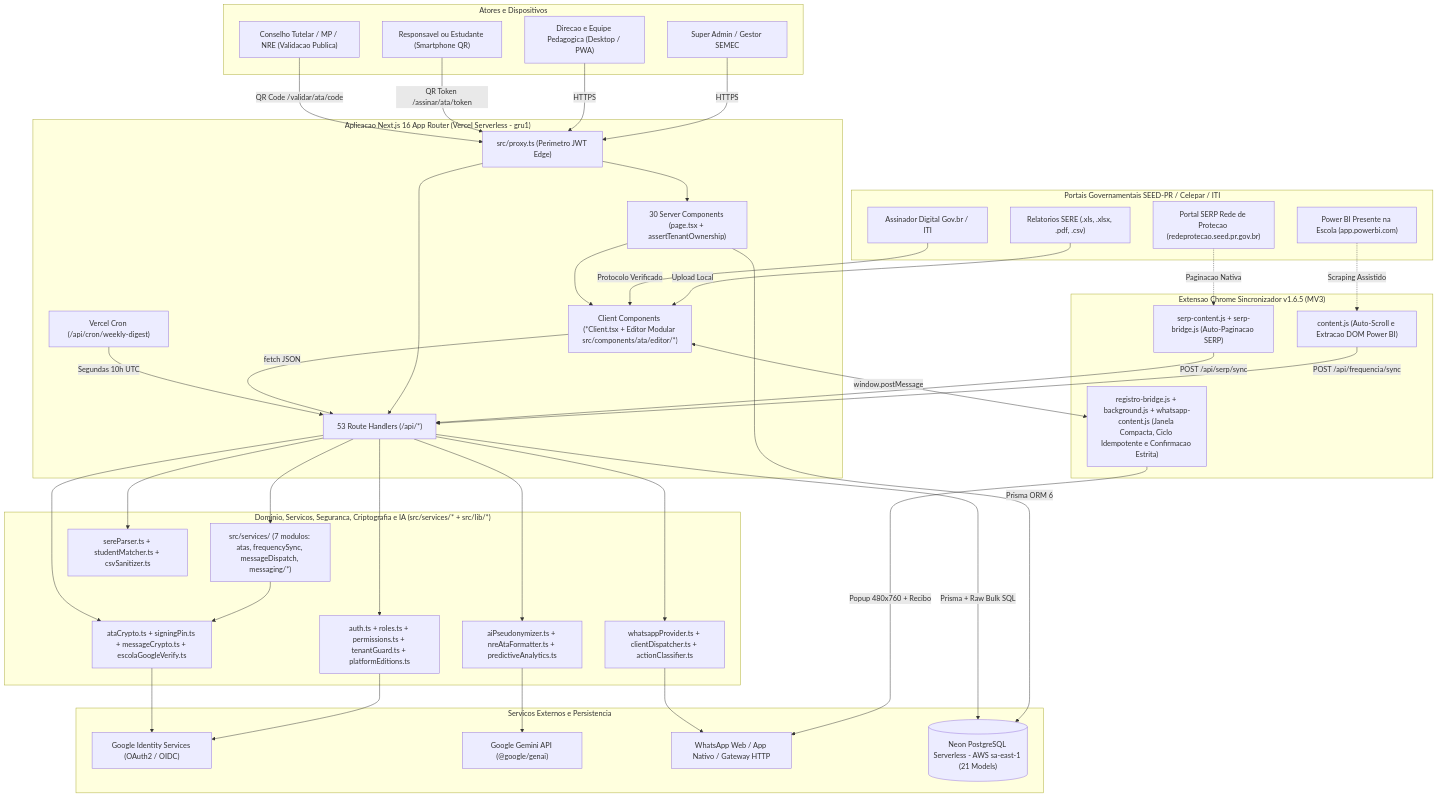
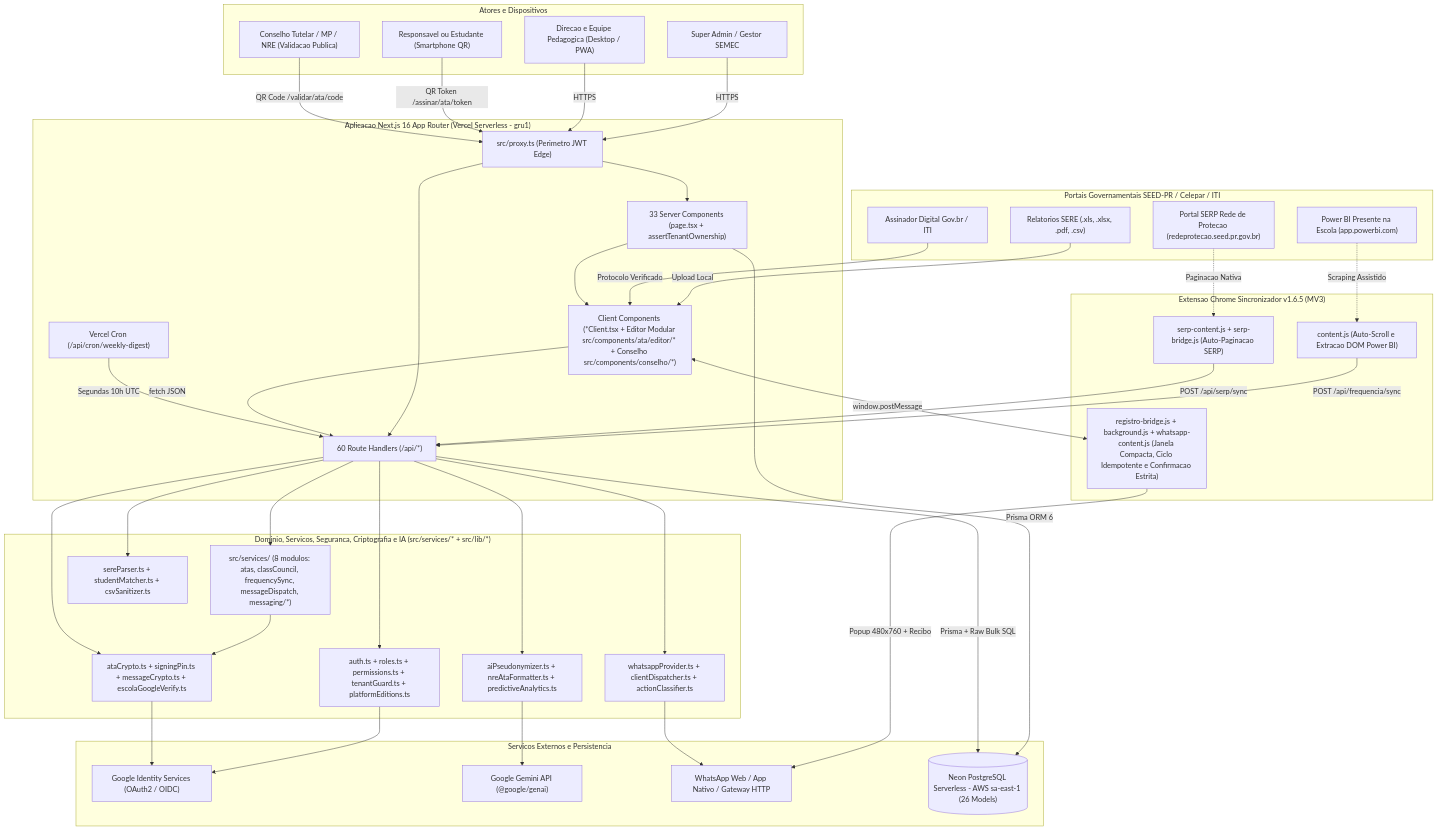
Before and after one commit to MarcosWrobel/rede-ativa: the first of 3 diagrams in docs/ARQUITETURA_E_ENGENHARIA.md, drawn with Mermaid. The commit also changed other lines of this file and 37 other files, not shown here.

````diff
--- a/docs/ARQUITETURA_E_ENGENHARIA.md
+++ b/docs/ARQUITETURA_E_ENGENHARIA.md
@@ -24,81 +24,81 @@
 ```mermaid
 flowchart TD
     subgraph Actors ["Atores e Dispositivos"]
         SuperAdmin["Super Admin / Gestor SEMEC"]
         Staff["Direcao e Equipe Pedagogica (Desktop / PWA)"]
         Guardian["Responsavel ou Estudante (Smartphone QR)"]
         ExternalAuth["Conselho Tutelar / MP / NRE (Validacao Publica)"]
     end
 
     subgraph GovPortals ["Portais Governamentais SEED-PR / Celepar / ITI"]
         SERE["Relatorios SERE (.xls, .xlsx, .pdf, .csv)"]
         PBI["Power BI Presente na Escola (app.powerbi.com)"]
         SERP["Portal SERP Rede de Protecao (redeprotecao.seed.pr.gov.br)"]
         GovBr["Assinador Digital Gov.br / ITI"]
     end
 
     subgraph Extension ["Extensao Chrome Sincronizador v1.6.5 (MV3)"]
         PBIContent["content.js (Auto-Scroll e Extracao DOM Power BI)"]
         SERPBridge["serp-content.js + serp-bridge.js (Auto-Paginacao SERP)"]
         WABridge["registro-bridge.js + background.js + whatsapp-content.js (Janela Compacta, Ciclo Idempotente e Confirmacao Estrita)"]
     end
 
     subgraph NextApp ["Aplicacao Next.js 16 App Router (Vercel Serverless - gru1)"]
         EdgeProxy["src/proxy.ts (Perimetro JWT Edge)"]
-        RSC["30 Server Components (page.tsx + assertTenantOwnership)"]
-        ClientUI["Client Components (*Client.tsx + Editor Modular src/components/ata/editor/*)"]
-        APIRoutes["53 Route Handlers (/api/*)"]
+        RSC["33 Server Components (page.tsx + assertTenantOwnership)"]
+        ClientUI["Client Components (*Client.tsx + Editor Modular src/components/ata/editor/* + Conselho src/components/conselho/*)"]
+        APIRoutes["60 Route Handlers (/api/*)"]
         CronJob["Vercel Cron (/api/cron/weekly-digest)"]
     end
 
     subgraph CoreLibs ["Dominio, Servicos, Seguranca, Criptografia e IA (src/services/* + src/lib/*)"]
-        DomainServices["src/services/ (7 modulos: atas, frequencySync, messageDispatch, messaging/*)"]
+        DomainServices["src/services/ (8 modulos: atas, classCouncil, frequencySync, messageDispatch, messaging/*)"]
         AuthLib["auth.ts + roles.ts + permissions.ts + tenantGuard.ts + platformEditions.ts"]
         CryptoLib["ataCrypto.ts + signingPin.ts + messageCrypto.ts + escolaGoogleVerify.ts"]
         ParserLib["sereParser.ts + studentMatcher.ts + csvSanitizer.ts"]
         PrivacyAI["aiPseudonymizer.ts + nreAtaFormatter.ts + predictiveAnalytics.ts"]
         WALib["whatsappProvider.ts + clientDispatcher.ts + actionClassifier.ts"]
     end
 
     subgraph ExternalServices ["Servicos Externos e Persistencia"]
         GoogleOAuth["Google Identity Services (OAuth2 / OIDC)"]
         GeminiAPI["Google Gemini API (@google/genai)"]
         WhatsApp["WhatsApp Web / App Nativo / Gateway HTTP"]
-        NeonDB[("Neon PostgreSQL Serverless - AWS sa-east-1 (21 Models)")]
+        NeonDB[("Neon PostgreSQL Serverless - AWS sa-east-1 (26 Models)")]
     end
 
     SuperAdmin -->|HTTPS| EdgeProxy
     Staff -->|HTTPS| EdgeProxy
     Guardian -->|QR Token /assinar/ata/token| EdgeProxy
     ExternalAuth -->|QR Code /validar/ata/code| EdgeProxy
 
     SERE -->|Upload Local| ClientUI
     GovBr -->|Protocolo Verificado| ClientUI
     PBI -.->|Scraping Assistido| PBIContent
     SERP -.->|Paginacao Nativa| SERPBridge
     PBIContent -->|POST /api/frequencia/sync| APIRoutes
     SERPBridge -->|POST /api/serp/sync| APIRoutes
     ClientUI <-->|window.postMessage| WABridge
     WABridge -->|Popup 480x760 + Recibo| WhatsApp
 
     EdgeProxy --> RSC
     EdgeProxy --> APIRoutes
     RSC --> ClientUI
     ClientUI -->|fetch JSON| APIRoutes
     CronJob -->|Segundas 10h UTC| APIRoutes
 
     APIRoutes --> DomainServices
     DomainServices --> CryptoLib
     APIRoutes --> AuthLib
     APIRoutes --> CryptoLib
     APIRoutes --> ParserLib
     APIRoutes --> PrivacyAI
     APIRoutes --> WALib
 
     AuthLib --> GoogleOAuth
     CryptoLib --> GoogleOAuth
     PrivacyAI --> GeminiAPI
     WALib --> WhatsApp
     RSC -->|Prisma ORM 6| NeonDB
     APIRoutes -->|Prisma + Raw Bulk SQL| NeonDB
 ```
````
